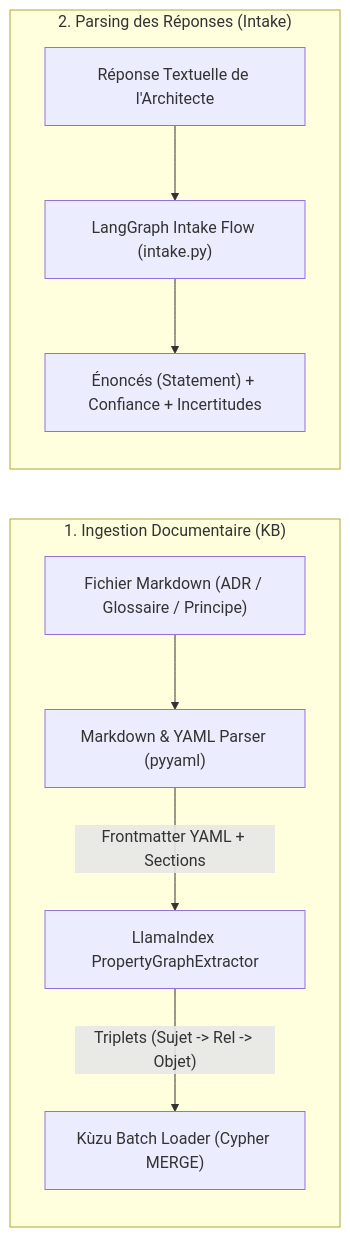
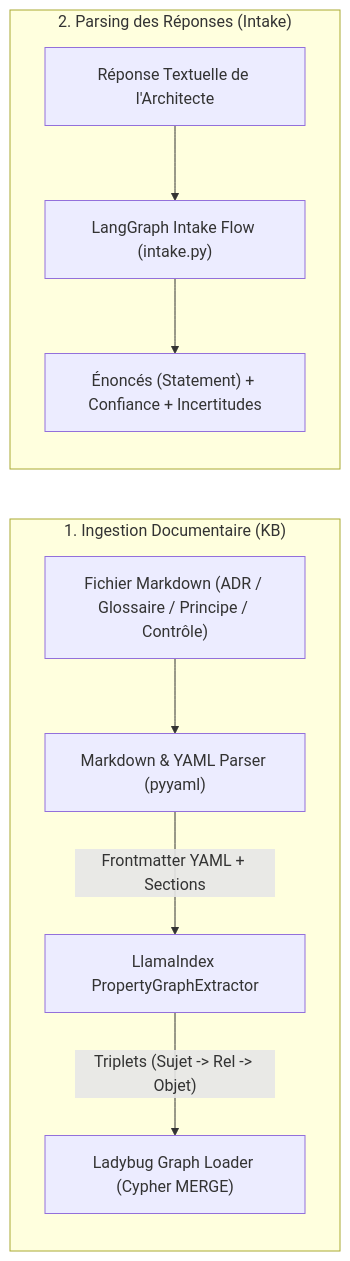
Before and after one commit to MauriceIsrael/LLMOps: the third of 4 diagrams in docs/architecture.md, drawn with Mermaid. The commit also changed other lines of this file and 26 other files, not shown here.

First line of the commit message:
chore: clean dead code, fix CI/Ruff linter, update docs/architecture, optimize build/test perfs & add GCP deploy script

````diff
--- a/docs/architecture.md
+++ b/docs/architecture.md
@@ -152,22 +164,22 @@
 ```mermaid
 flowchart LR
     subgraph Step1 ["1. Ingestion Documentaire (KB)"]
-        MD_FILE["Fichier Markdown (ADR / Glossaire / Principe)"]
+        MD_FILE["Fichier Markdown (ADR / Glossaire / Principe / Contrôle)"]
         PARSER["Markdown & YAML Parser (pyyaml)"]
         EXTRACTOR["LlamaIndex PropertyGraphExtractor"]
-        KUZU_LOADER["Kùzu Batch Loader (Cypher MERGE)"]
+        LBUG_LOADER["Ladybug Graph Loader (Cypher MERGE)"]
         
         MD_FILE --> PARSER
         PARSER -->|"Frontmatter YAML + Sections"| EXTRACTOR
-        EXTRACTOR -->|"Triplets (Sujet -> Rel -> Objet)"| KUZU_LOADER
+        EXTRACTOR -->|"Triplets (Sujet -> Rel -> Objet)"| LBUG_LOADER
     end
 
     subgraph Step2 ["2. Parsing des Réponses (Intake)"]
         ANS_TEXT["Réponse Textuelle de l'Architecte"]
         INTAKE_GRAPH["LangGraph Intake Flow (intake.py)"]
         STMTS["Énoncés (Statement) + Confiance + Incertitudes"]
         
         ANS_TEXT --> INTAKE_GRAPH
         INTAKE_GRAPH --> STMTS
     end
 ```
````
